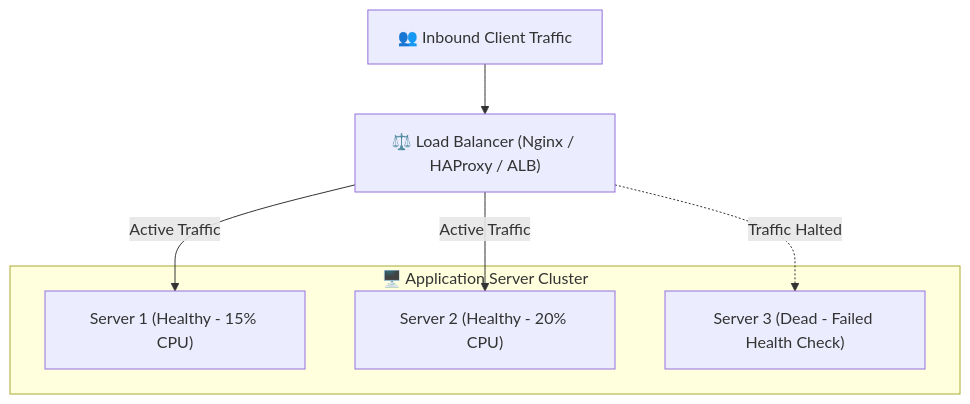
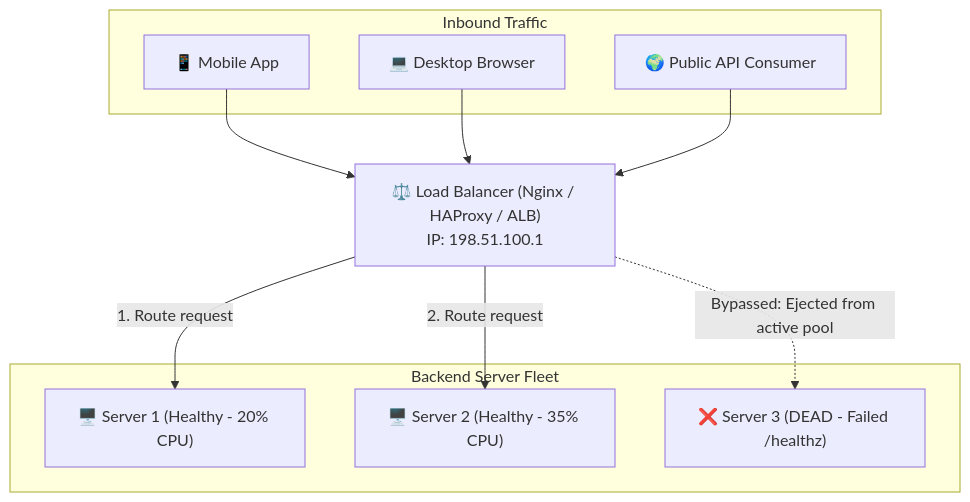
Before and after one commit to Aniketchavan7/system-design-illustrated: the first of 2 diagrams in 03-load-balancing/README.md, drawn with Mermaid. The commit also changed other lines of this file and 25 other files, not shown here.

````diff
--- a/03-load-balancing/README.md
+++ b/03-load-balancing/README.md
@@ -18,14 +55,24 @@
 ```mermaid
 flowchart TD
-    Users["👥 Inbound Client Traffic"] --> LB["⚖️ Load Balancer (Nginx / HAProxy / ALB)"]
-
-    subgraph BackendFleet["🖥️ Application Server Cluster"]
-        S1["Server 1 (Healthy - 15% CPU)"]
-        S2["Server 2 (Healthy - 20% CPU)"]
-        S3["Server 3 (Dead - Failed Health Check)"]
+    subgraph Clients["Inbound Traffic"]
+        C1["📱 Mobile App"]
+        C2["💻 Desktop Browser"]
+        C3["🌍 Public API Consumer"]
     end
 
-    LB -->|Active Traffic| S1
-    LB -->|Active Traffic| S2
-    LB -.->|Traffic Halted| S3
+    LB["⚖️ Load Balancer (Nginx / HAProxy / ALB)<br/>IP: 198.51.100.1"]
+
+    subgraph Cluster["Backend Server Fleet"]
+        S1["🖥️ Server 1 (Healthy - 20% CPU)"]
+        S2["🖥️ Server 2 (Healthy - 35% CPU)"]
+        S3["❌ Server 3 (DEAD - Failed /healthz)"]
+    end
+
+    C1 --> LB
+    C2 --> LB
+    C3 --> LB
+
+    LB -->|1. Route request| S1
+    LB -->|2. Route request| S2
+    LB -.->|Bypassed: Ejected from active pool| S3
 ```
````
